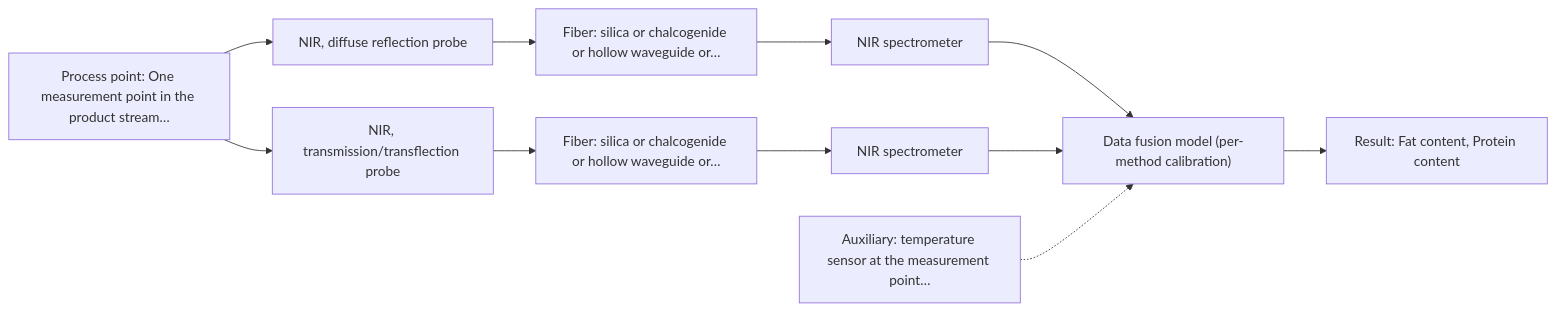
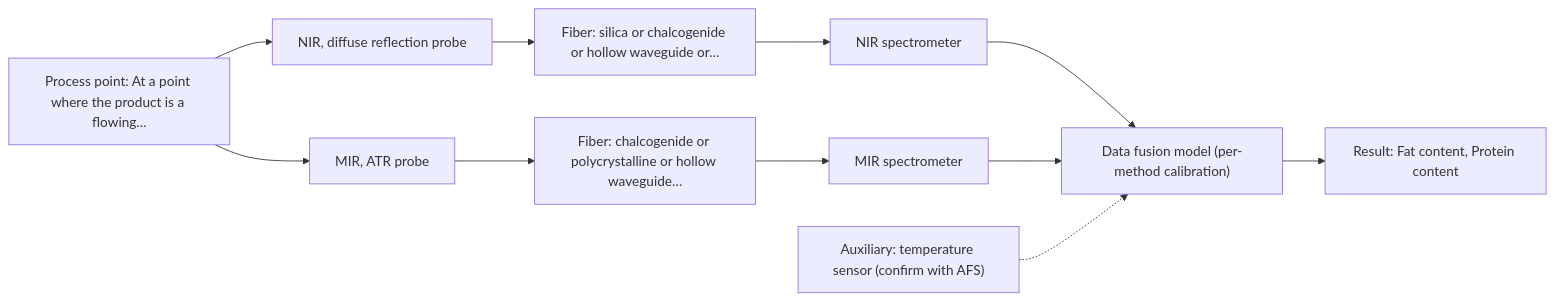
The first of 2 diagrams in outputs/dev/D02.md (sleipnir029/Afs-Spectroscopy-Assistant), drawn with Mermaid before and after one commit. The commit also changed other lines of this file and 18 other files, not shown here.

````diff
--- a/outputs/dev/D02.md
+++ b/outputs/dev/D02.md
@@ -48,23 +36,23 @@
 ```mermaid
 flowchart LR
-    proc["Process point: One measurement point in the product stream…"]
+    proc["Process point: At a point where the product is a flowing…"]
     probe1["NIR, diffuse reflection probe"]
     fiber1["Fiber: silica or chalcogenide or hollow waveguide or…"]
     spec1["NIR spectrometer"]
-    probe2["NIR, transmission/transflection probe"]
-    fiber2["Fiber: silica or chalcogenide or hollow waveguide or…"]
-    spec2["NIR spectrometer"]
+    probe2["MIR, ATR probe"]
+    fiber2["Fiber: chalcogenide or polycrystalline or hollow waveguide…"]
+    spec2["MIR spectrometer"]
     model["Data fusion model (per-method calibration)"]
     result["Result: Fat content, Protein content"]
-    aux1["Auxiliary: temperature sensor at the measurement point…"]
+    aux1["Auxiliary: temperature sensor (confirm with AFS)"]
     proc --> probe1
     probe1 --> fiber1
     fiber1 --> spec1
     spec1 --> model
     proc --> probe2
     probe2 --> fiber2
     fiber2 --> spec2
     spec2 --> model
     model --> result
     aux1 -.-> model
 ```
````
